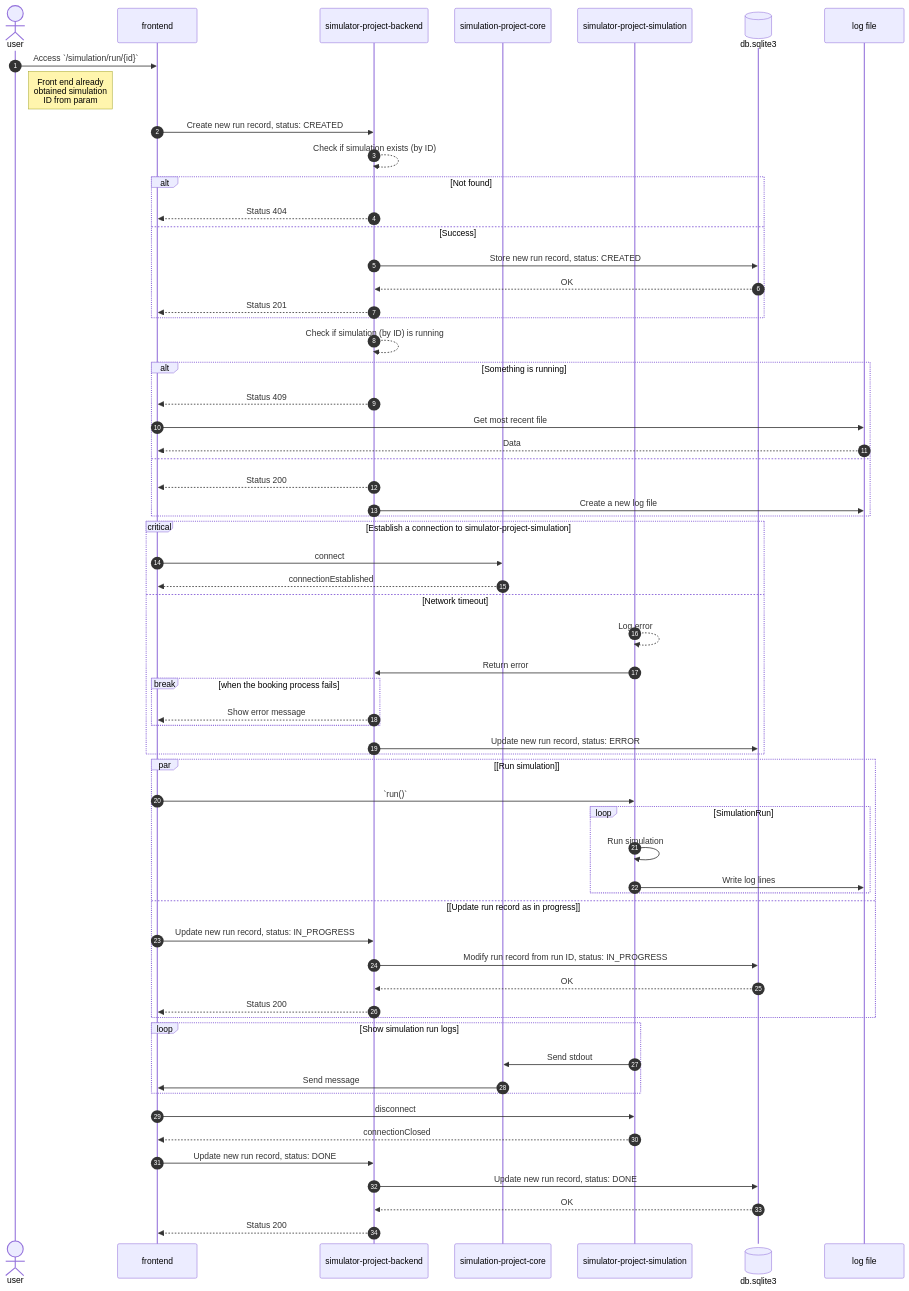
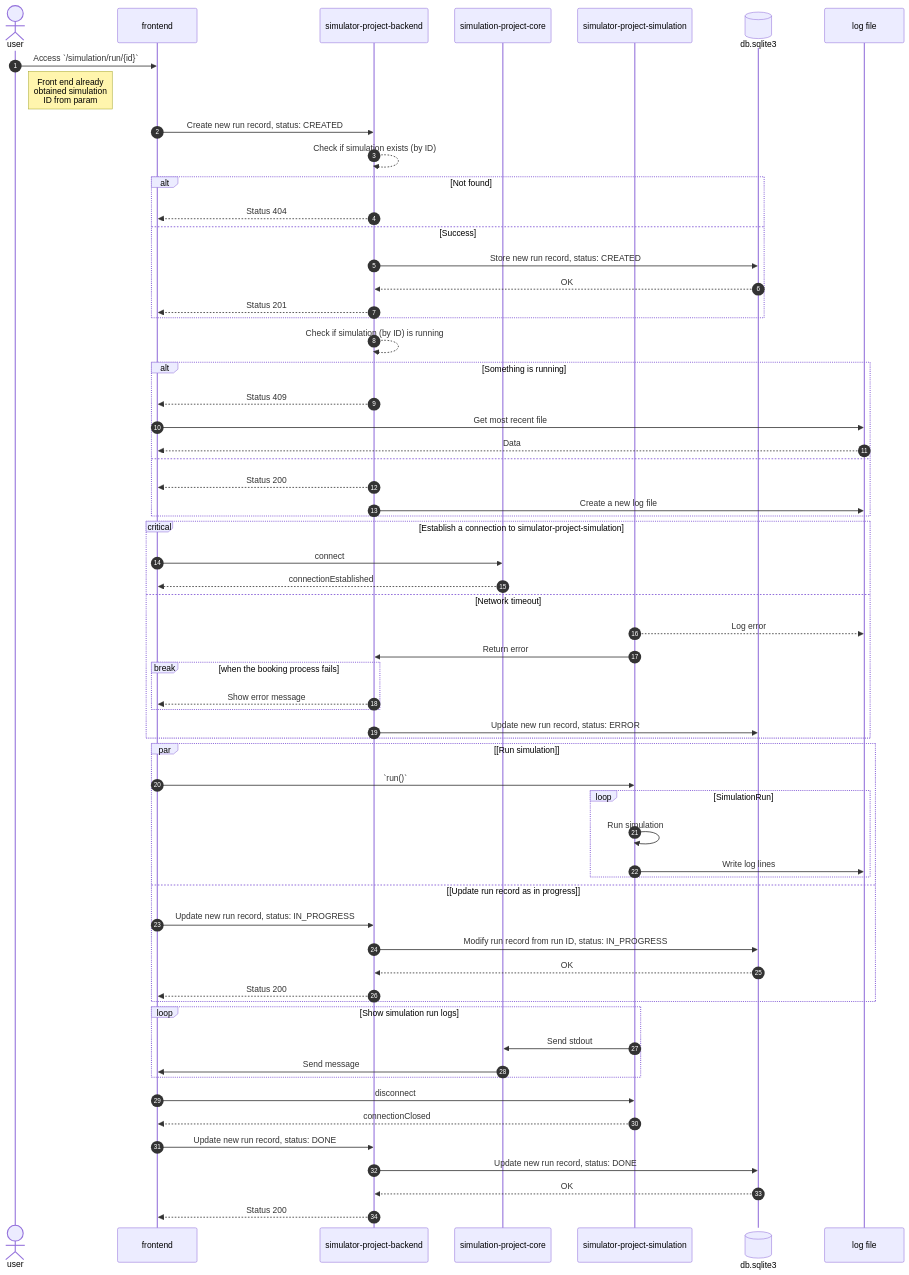
The second of 3 diagrams in CONTRIBUTE.md (lt-shy-john/simulator-project), drawn with Mermaid before and after one commit.

Commit message:
When error, the logs should go to dedicated space

````diff
--- a/CONTRIBUTE.md
+++ b/CONTRIBUTE.md
@@ -23,64 +23,64 @@
 ```mermaid
 sequenceDiagram
     autonumber
     actor user
     participant frontend
     participant simulator-project-backend
     participant simulation-project-core
     participant simulator-project-simulation
     participant db.sqlite3@{ "type" : "database" }
     participant log file
     user->>frontend: Access `/simulation/run/{id}`
     Note right of user: Front end already <br/>obtained simulation <br/>ID from param
     frontend->>simulator-project-backend: Create new run record, status: CREATED
     simulator-project-backend-->>simulator-project-backend: Check if simulation exists (by ID)
     alt Not found
         simulator-project-backend-->>frontend: Status 404
     else Success
         simulator-project-backend->>db.sqlite3: Store new run record, status: CREATED
     	db.sqlite3-->>simulator-project-backend: OK
     	simulator-project-backend-->>frontend: Status 201
     end
     simulator-project-backend-->>simulator-project-backend: Check if simulation (by ID) is running
     alt Something is running
         simulator-project-backend-->>frontend: Status 409
     	frontend->>log file: Get most recent file
     	log file-->>frontend: Data
     else
         simulator-project-backend-->>frontend: Status 200
         simulator-project-backend->>log file: Create a new log file
     end
     critical Establish a connection to simulator-project-simulation
     frontend->>simulation-project-core: connect
     simulation-project-core-->>frontend: connectionEstablished
     option Network timeout
-        simulator-project-simulation-->>simulator-project-simulation: Log error
+        simulator-project-simulation-->>log file: Log error
         simulator-project-simulation->>simulator-project-backend: Return error
         break when the booking process fails
         simulator-project-backend-->>frontend: Show error message
     	end
         simulator-project-backend->>db.sqlite3: Update new run record, status: ERROR
     end
     par [Run simulation]
     frontend->>simulator-project-simulation: `run()`
     loop SimulationRun
         simulator-project-simulation->>simulator-project-simulation: Run simulation
         simulator-project-simulation->>log file: Write log lines
     end
     and [Update run record as in progress]
     frontend->>simulator-project-backend: Update new run record, status: IN_PROGRESS
     simulator-project-backend->>db.sqlite3: Modify run record from run ID, status: IN_PROGRESS
     db.sqlite3-->>simulator-project-backend: OK
     simulator-project-backend-->>frontend: Status 200
     end    
     loop Show simulation run logs
     simulator-project-simulation->>simulation-project-core: Send stdout
     simulation-project-core->>frontend: Send message
     end
     frontend->>simulator-project-simulation: disconnect
     simulator-project-simulation-->>frontend: connectionClosed
     frontend->>simulator-project-backend: Update new run record, status: DONE
     simulator-project-backend->>db.sqlite3: Update new run record, status: DONE
     db.sqlite3-->>simulator-project-backend: OK
     simulator-project-backend-->>frontend: Status 200
 ```
````
